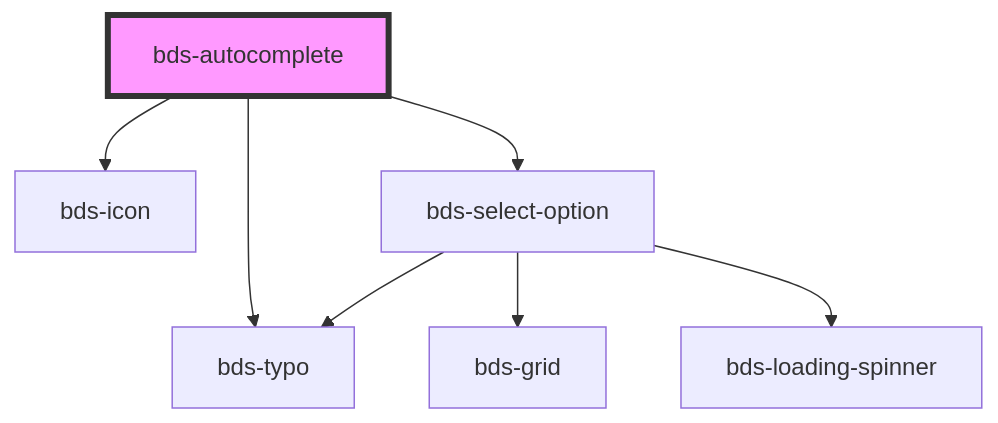
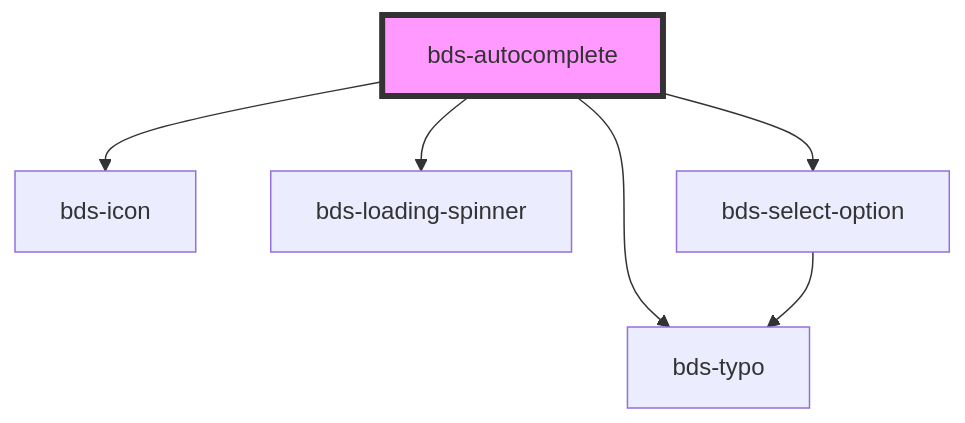
One commit to takenet/blip-ds changed the diagram in src/components/autocomplete/readme.md. Above: the diagram before and after it, drawn with Mermaid. The commit also changed other lines of this file and 13 other files, not shown here.

Commit message:
feat(autocomplete): add prop loading into autocomplete

````diff
--- a/src/components/autocomplete/readme.md
+++ b/src/components/autocomplete/readme.md
@@ -47,10 +49,9 @@
 ```mermaid
 graph TD;
   bds-autocomplete --> bds-icon
   bds-autocomplete --> bds-typo
+  bds-autocomplete --> bds-loading-spinner
   bds-autocomplete --> bds-select-option
-  bds-select-option --> bds-grid
-  bds-select-option --> bds-loading-spinner
   bds-select-option --> bds-typo
   style bds-autocomplete fill:#f9f,stroke:#333,stroke-width:4px
 ```
````
